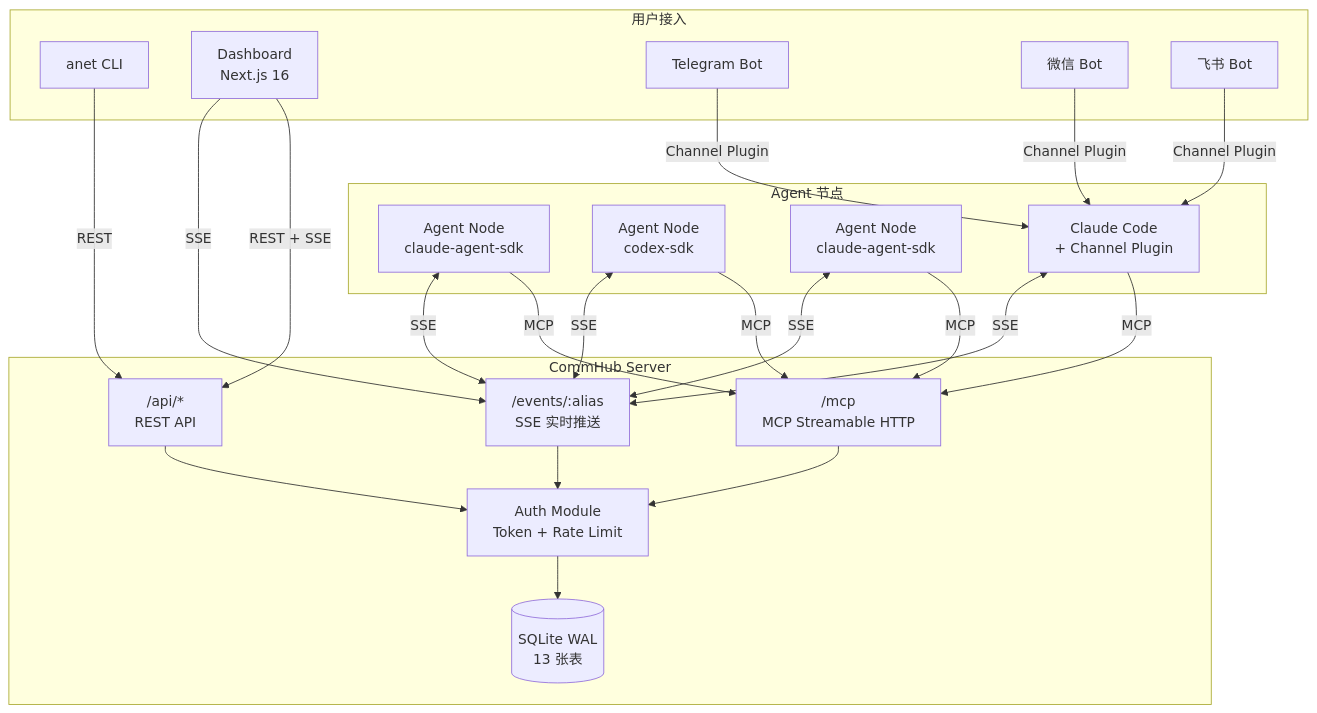
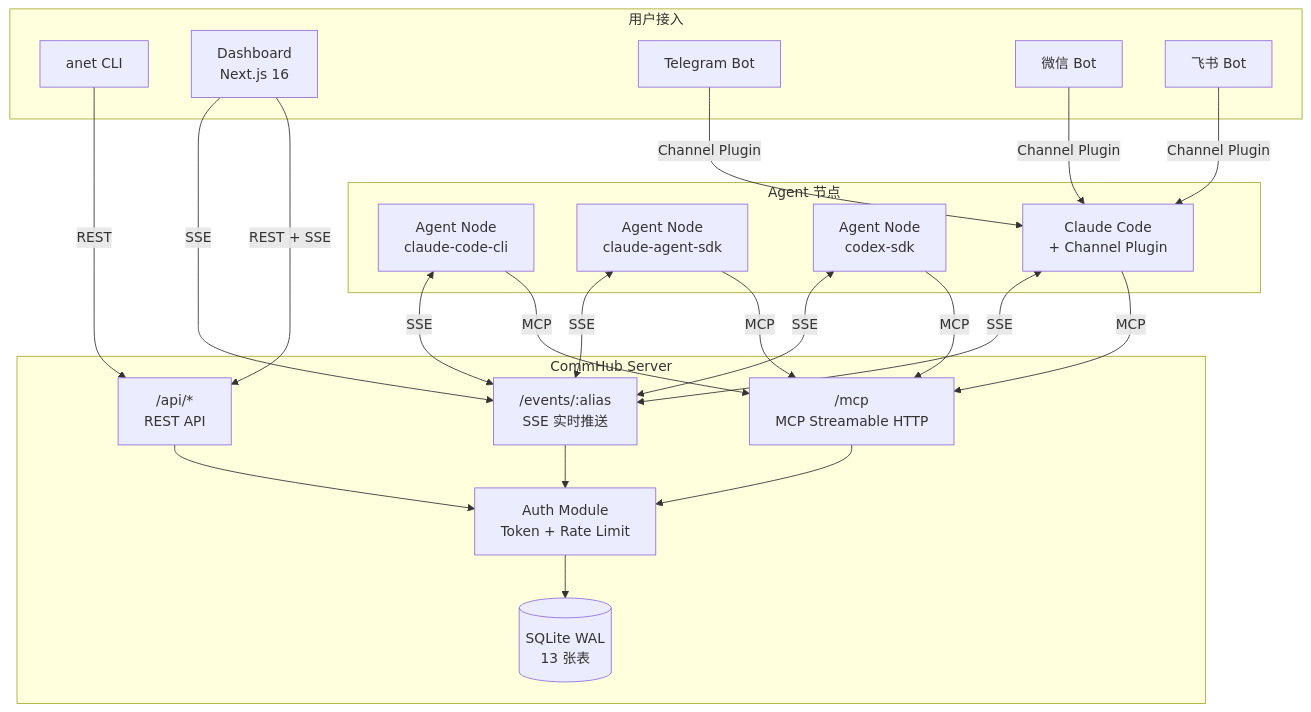
Before and after one commit to sleep2agi/agent-network: the second of 7 diagrams in docs-site/docs/guide/architecture.md, drawn with Mermaid. The commit also changed 1 other file, not shown here.

Commit message:
docs(round-90): architecture.md 系统架构 mermaid 'Agent 节点' subgraph 3 节点 runtime 标注覆盖 3 runtime — R89 修了 '三种 Runtime' section 但顶部「系统架构」mermaid (L94-99) 的 A1/A2/A3 还是 claude-agent-sdk x2 + codex-sdk, 漏 claude-code-cli. R90 改成 A1=claude-code-cli / A2=claude-agent-sdk / A3=codex-sdk, 跟 R89 后的 '三种 Runtime' section + dashboard.md Nodes 列 + 各 runtime 文档一致. ZH+EN 同步

````diff
--- a/docs-site/docs/guide/architecture.md
+++ b/docs-site/docs/guide/architecture.md
@@ -76,47 +76,47 @@
 ```mermaid
 graph TB
     subgraph "用户接入"
         CLI[anet CLI]
         DASH[Dashboard<br/>Next.js 16]
         TG[Telegram Bot]
         WX[微信 Bot]
         FS[飞书 Bot]
     end
 
     subgraph "CommHub Server"
         MCP["/mcp<br/>MCP Streamable HTTP"]
         SSE["/events/:alias<br/>SSE 实时推送"]
         REST["/api/*<br/>REST API"]
         AUTH[Auth Module<br/>Token + Rate Limit]
         DB[(SQLite WAL<br/>13 张表)]
     end
 
     subgraph "Agent 节点"
-        A1["Agent Node<br/>claude-agent-sdk"]
-        A2["Agent Node<br/>codex-sdk"]
-        A3["Agent Node<br/>claude-agent-sdk"]
+        A1["Agent Node<br/>claude-code-cli"]
+        A2["Agent Node<br/>claude-agent-sdk"]
+        A3["Agent Node<br/>codex-sdk"]
         CC["Claude Code<br/>+ Channel Plugin"]
     end
 
     CLI -->|REST| REST
     DASH -->|REST + SSE| REST
     DASH -->|SSE| SSE
 
     A1 -->|MCP| MCP
     A1 <-->|SSE| SSE
     A2 -->|MCP| MCP
     A2 <-->|SSE| SSE
     A3 -->|MCP| MCP
     A3 <-->|SSE| SSE
     CC -->|MCP| MCP
     CC <-->|SSE| SSE
 
     TG -->|Channel Plugin| CC
     WX -->|Channel Plugin| CC
     FS -->|Channel Plugin| CC
 
     MCP --> AUTH
     SSE --> AUTH
     REST --> AUTH
     AUTH --> DB
 ```
````
